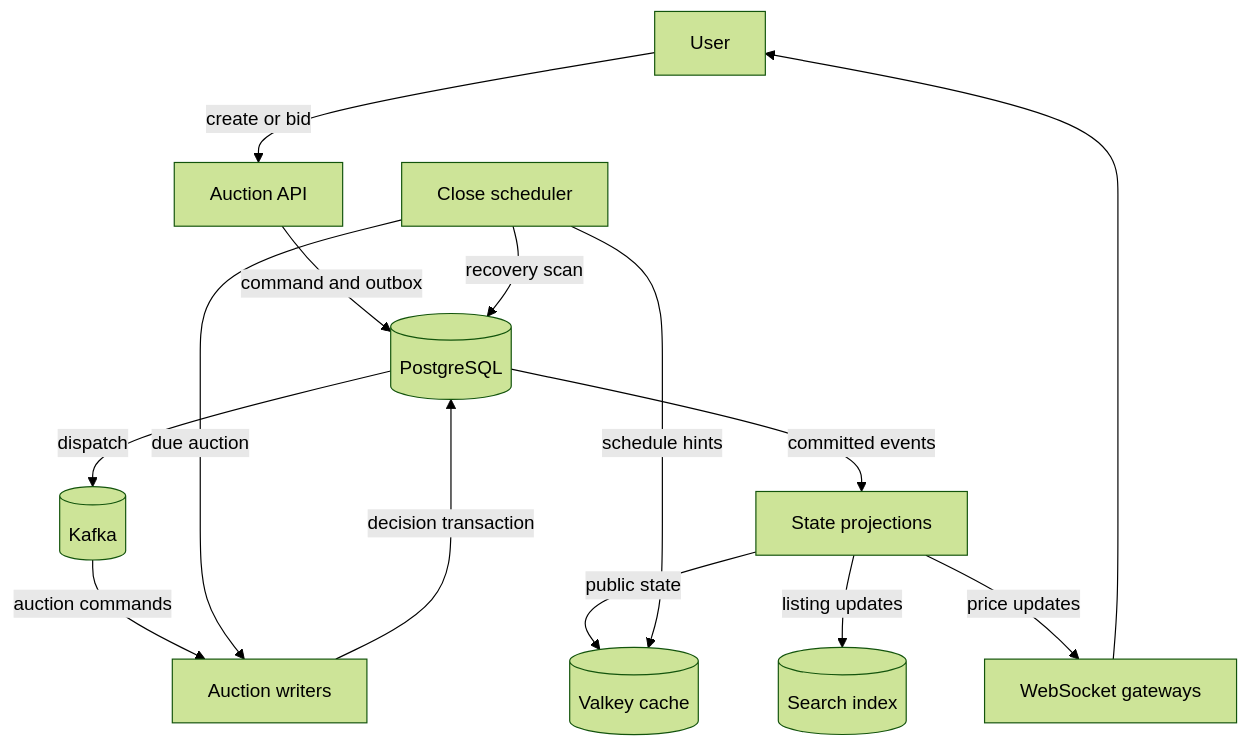
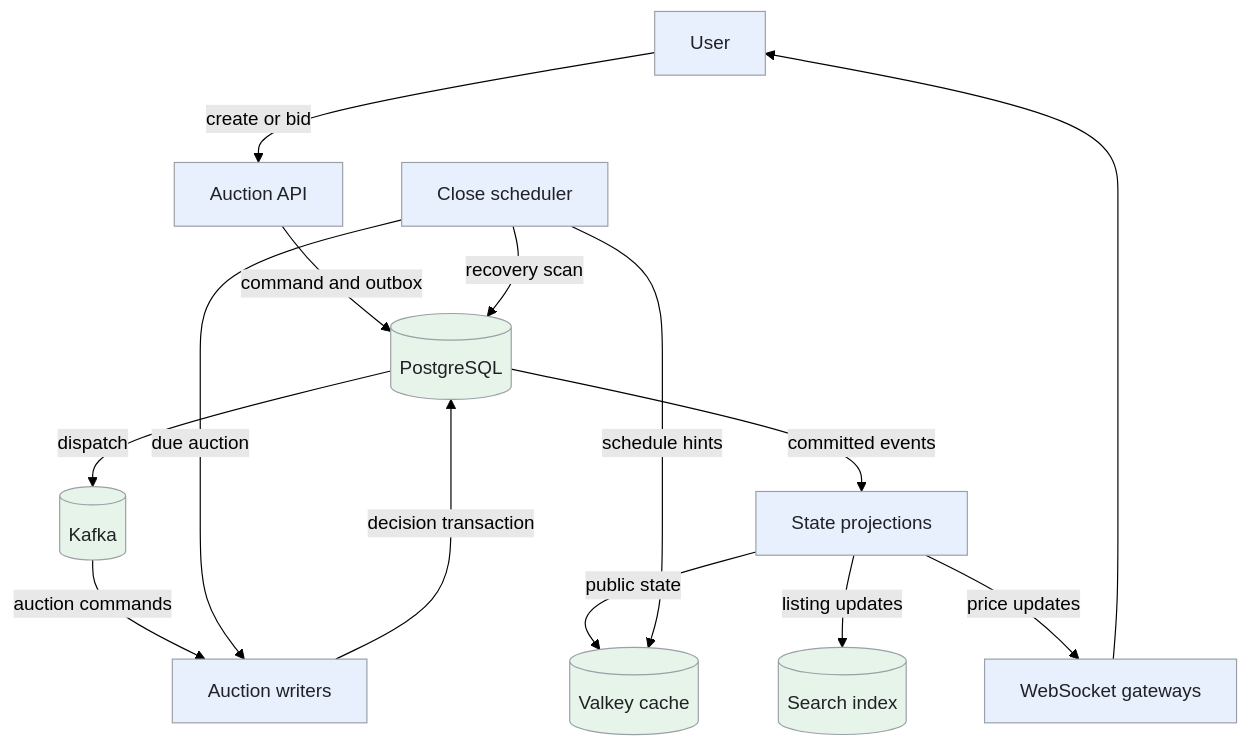
Before and after one commit to iliazlobin/iliazlobin.github.io: the first of 4 diagrams in _designs/online-auction.md, drawn with Mermaid (forest theme). The commit also changed other lines of this file and 20 other files, not shown here.

Commit message:
Improve design flows, tradeoffs, and technology references

````diff
--- a/_designs/online-auction.md
+++ b/_designs/online-auction.md
@@ -138,16 +138,21 @@
 ```mermaid
 flowchart TB
   U[User] -->|create or bid| API[Auction API]
   API -->|command and outbox| DB[(PostgreSQL)]
   DB -->|dispatch| K[(Kafka)]
   K -->|auction commands| W[Auction writers]
   W -->|decision transaction| DB
   DB -->|committed events| F[State projections]
   F -->|public state| C[(Valkey cache)]
   F -->|listing updates| S[(Search index)]
   F -->|price updates| G[WebSocket gateways]
   G --> U
   T[Close scheduler] -->|due auction| W
   T -->|schedule hints| C
   T -->|recovery scan| DB
+  classDef request fill:#e8f0fe,stroke:#9aa0a6,color:#202124,stroke-width:1px
+  classDef background fill:#e6f4ea,stroke:#9aa0a6,color:#202124,stroke-width:1px
+  classDef control fill:#fef7e0,stroke:#9aa0a6,color:#202124,stroke-width:1px
+  class U,API,W,F,G,T request
+  class DB,K,C,S background
 ```
````
